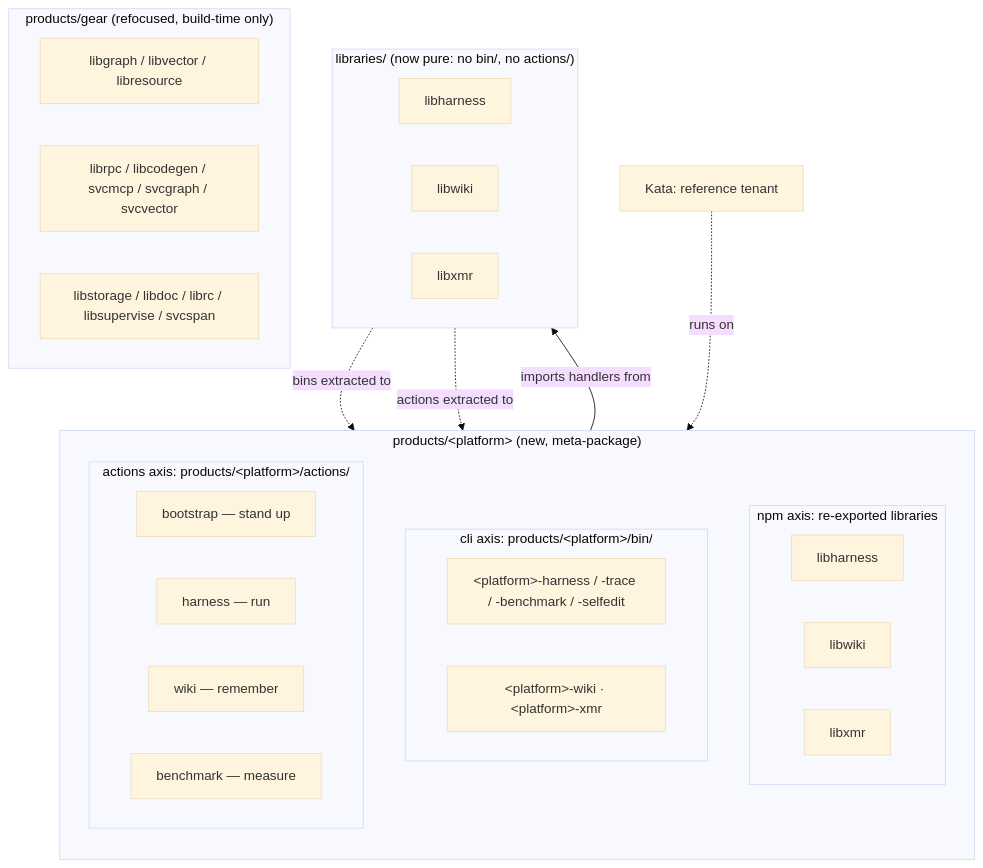
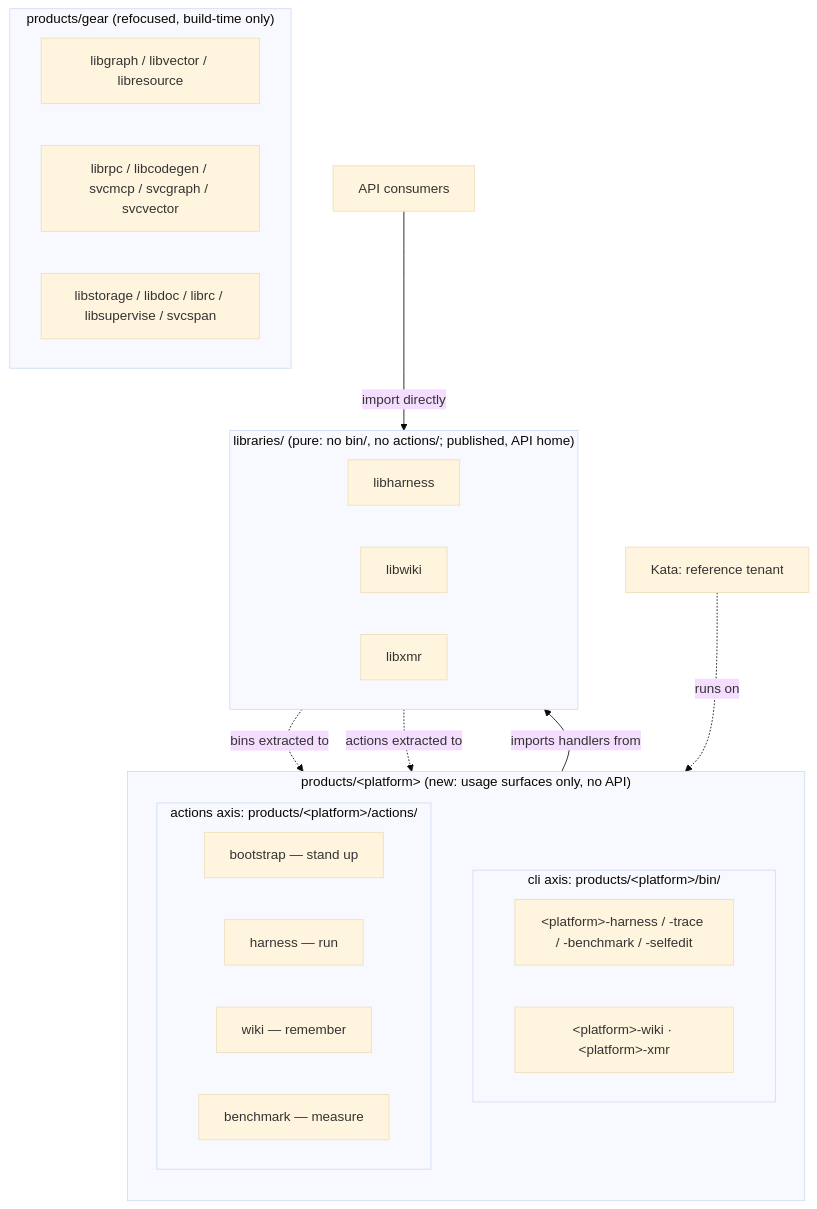
Before and after one commit to forwardimpact/monorepo: the first of 2 diagrams in specs/2250-agent-platform-product/design-a.md, drawn with Mermaid (base theme). The commit also changed other lines of this file and 1 other file, not shown here.

First line of the commit message:
design(2250): platform consumes libraries, exposes no API

````diff
--- a/specs/2250-agent-platform-product/design-a.md
+++ b/specs/2250-agent-platform-product/design-a.md
@@ -30,35 +32,31 @@
 ```mermaid
 flowchart TD
-  subgraph PLATFORM["products/&lt;platform&gt; (new, meta-package)"]
+  subgraph PLATFORM["products/&lt;platform&gt; (new: usage surfaces only, no API)"]
     direction TB
-    subgraph NPM["npm axis: re-exported libraries"]
-      P1[libharness]
-      P3[libwiki]
-      P4[libxmr]
-    end
     subgraph CLI["cli axis: products/&lt;platform&gt;/bin/"]
       C1["&lt;platform&gt;-harness / -trace / -benchmark / -selfedit"]
       C2["&lt;platform&gt;-wiki · &lt;platform&gt;-xmr"]
     end
     subgraph ACT["actions axis: products/&lt;platform&gt;/actions/"]
       A0[bootstrap — stand up]
       A1[harness — run]
       A2[wiki — remember]
       A3[benchmark — measure]
     end
   end
-  subgraph LIBS["libraries/ (now pure: no bin/, no actions/)"]
+  subgraph LIBS["libraries/ (pure: no bin/, no actions/; published, API home)"]
     L1[libharness]
     L2[libwiki]
     L3[libxmr]
   end
   subgraph GEAR["products/gear (refocused, build-time only)"]
     G1[libgraph / libvector / libresource]
     G2[librpc / libcodegen / svcmcp / svcgraph / svcvector]
     G3[libstorage / libdoc / librc / libsupervise / svcspan]
   end
   LIBS -. bins extracted to .-> CLI
   LIBS -. actions extracted to .-> ACT
   CLI -- imports handlers from --> LIBS
+  API[API consumers] -- import directly --> LIBS
   KATA[Kata: reference tenant] -.runs on.-> PLATFORM
 ```
````
